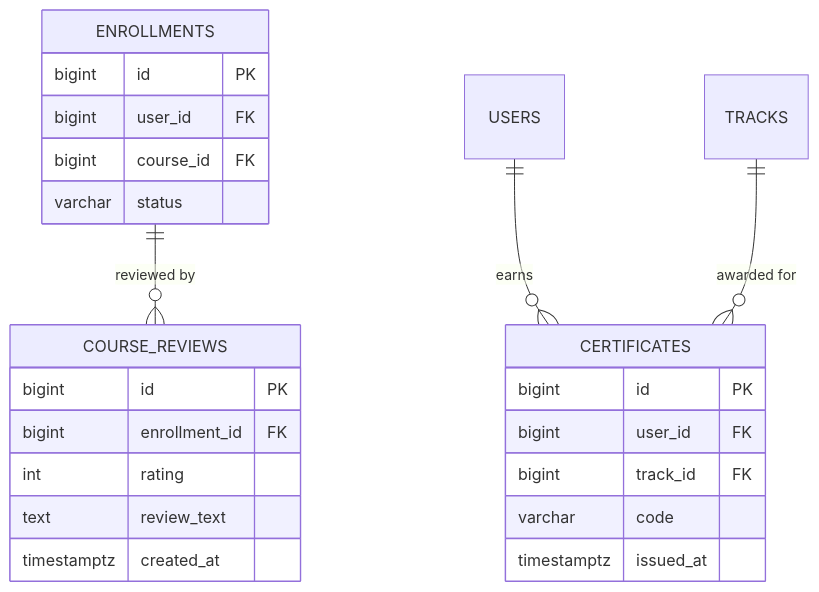
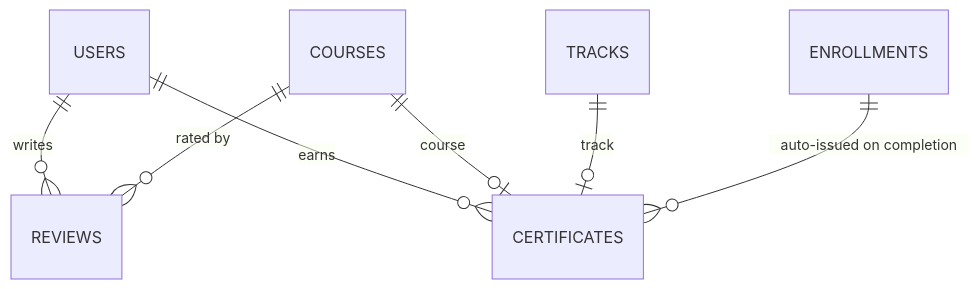
One commit to saika-sarara/DBMS-2-Project changed the diagram in Learnova/docs/database-design/review-certificate.md. Above: the diagram before and after it, drawn with Mermaid. The commit also changed other lines of this file and 300 other files, not shown here.

````diff
--- a/Learnova/docs/database-design/review-certificate.md
+++ b/Learnova/docs/database-design/review-certificate.md
@@ -13,27 +17,9 @@
 ```mermaid
 erDiagram
-    ENROLLMENTS {
-        bigint id PK
-        bigint user_id FK
-        bigint course_id FK
-        varchar status
-    }
-    COURSE_REVIEWS {
-        bigint id PK
-        bigint enrollment_id FK
-        int rating
-        text review_text
-        timestamptz created_at
-    }
-    CERTIFICATES {
-        bigint id PK
-        bigint user_id FK
-        bigint track_id FK
-        varchar code
-        timestamptz issued_at
-    }
-
-    ENROLLMENTS ||--o{ COURSE_REVIEWS : "reviewed by"
+    USERS ||--o{ REVIEWS : "writes"
+    COURSES ||--o{ REVIEWS : "rated by"
     USERS ||--o{ CERTIFICATES : "earns"
-    TRACKS ||--o{ CERTIFICATES : "awarded for"
+    COURSES ||--o| CERTIFICATES : "course"
+    TRACKS ||--o| CERTIFICATES : "track"
+    ENROLLMENTS ||--o{ CERTIFICATES : "auto-issued on completion"
 ```
````
